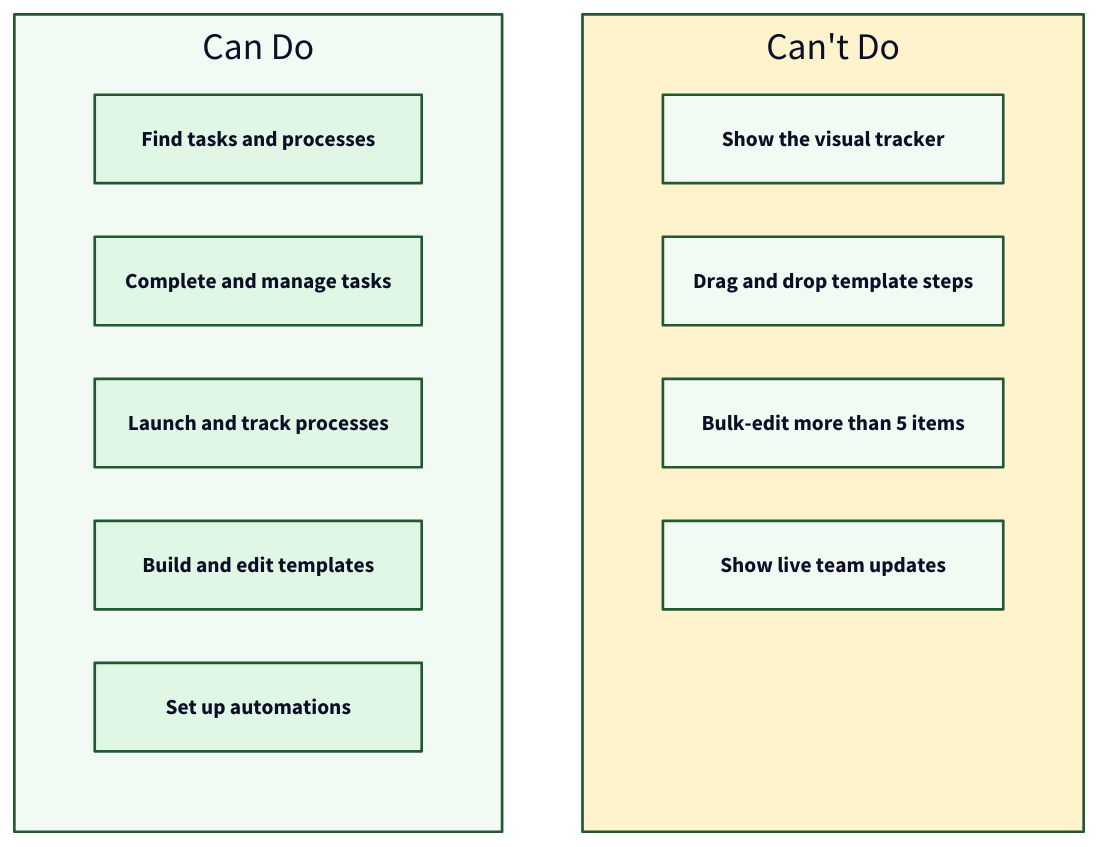
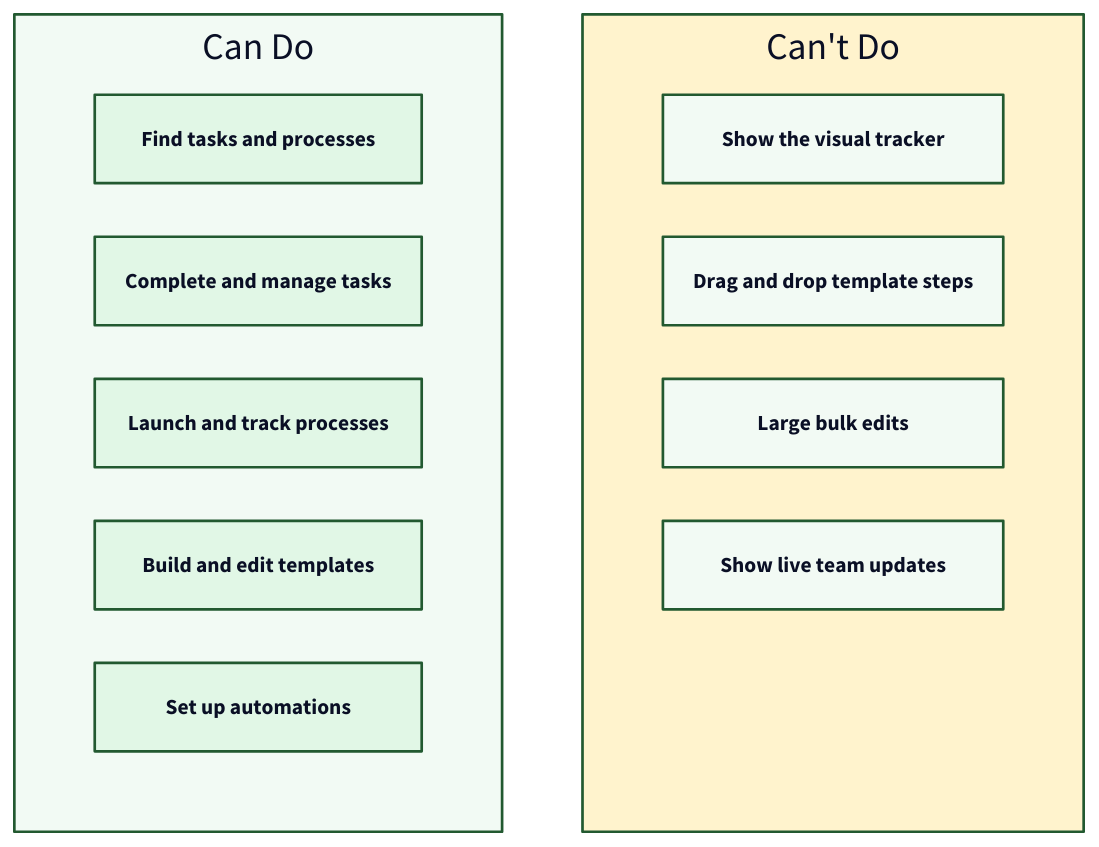
The diagram in src/content/docs/pro/integrations/mcp-server/index.mdx (tallyfy/documentation), drawn with D2 before and after one commit. The commit also changed other lines of this file and 9 other files, not shown here.

````diff
--- a/src/content/docs/pro/integrations/mcp-server/index.mdx
+++ b/src/content/docs/pro/integrations/mcp-server/index.mdx
@@ -99,57 +99,57 @@
 ```d2
 # What the AI assistant can and cannot do
 grid-columns: 2
 grid-gap: 60
 
 Can: Can Do {
   grid-rows: 5
   style.fill: "#f2faf4"
   style.stroke: "#225930"
   style.stroke-width: 2
 
   A: Find tasks and processes {
     style.fill: "#e1f7e6"
     style.stroke: "#225930"
   }
   B: Complete and manage tasks {
     style.fill: "#e1f7e6"
     style.stroke: "#225930"
   }
   C: Launch and track processes {
     style.fill: "#e1f7e6"
     style.stroke: "#225930"
   }
   D: Build and edit templates {
     style.fill: "#e1f7e6"
     style.stroke: "#225930"
   }
   E: Set up automations {
     style.fill: "#e1f7e6"
     style.stroke: "#225930"
   }
 }
 
 Cannot: Can't Do {
   grid-rows: 5
   style.fill: "#fff3cd"
   style.stroke: "#225930"
   style.stroke-width: 2
 
   A: Show the visual tracker {
     style.fill: "#f2faf4"
     style.stroke: "#225930"
   }
   B: Drag and drop template steps {
     style.fill: "#f2faf4"
     style.stroke: "#225930"
   }
-  C: Bulk-edit more than 5 items {
+  C: Large bulk edits {
     style.fill: "#f2faf4"
     style.stroke: "#225930"
   }
   E: Show live team updates {
     style.fill: "#f2faf4"
     style.stroke: "#225930"
   }
 }
 ```
````
